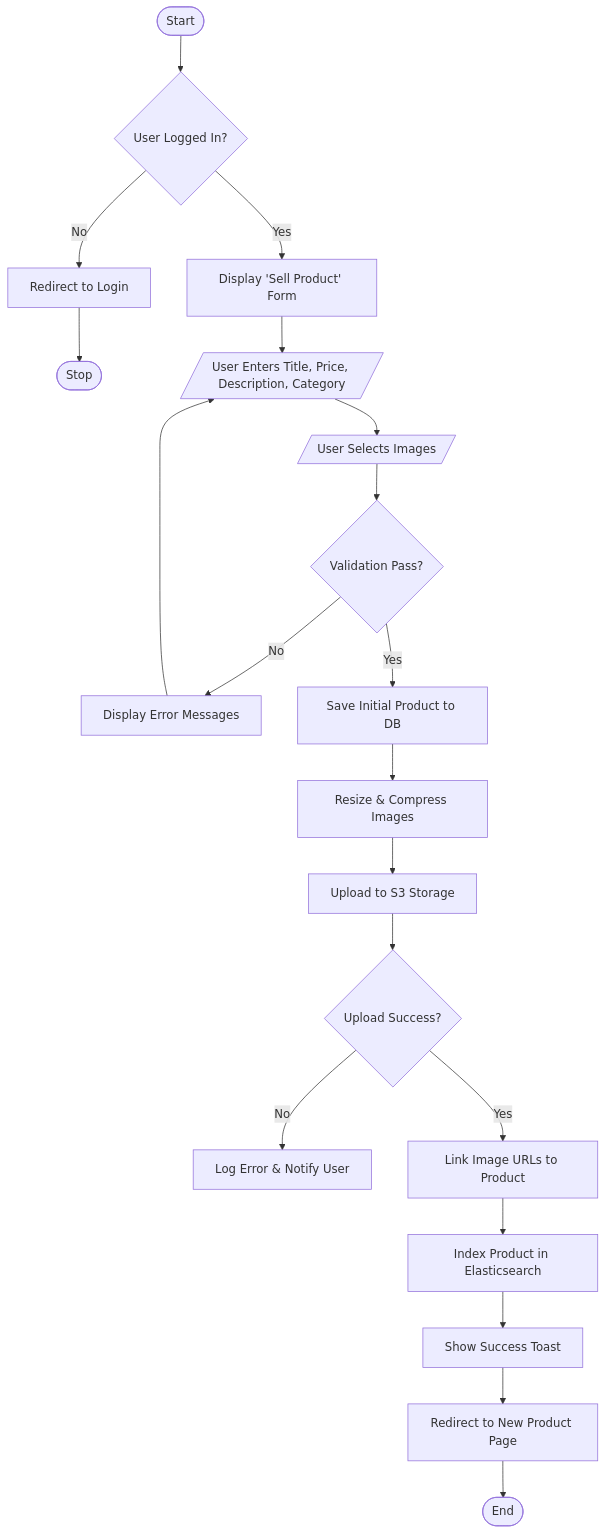
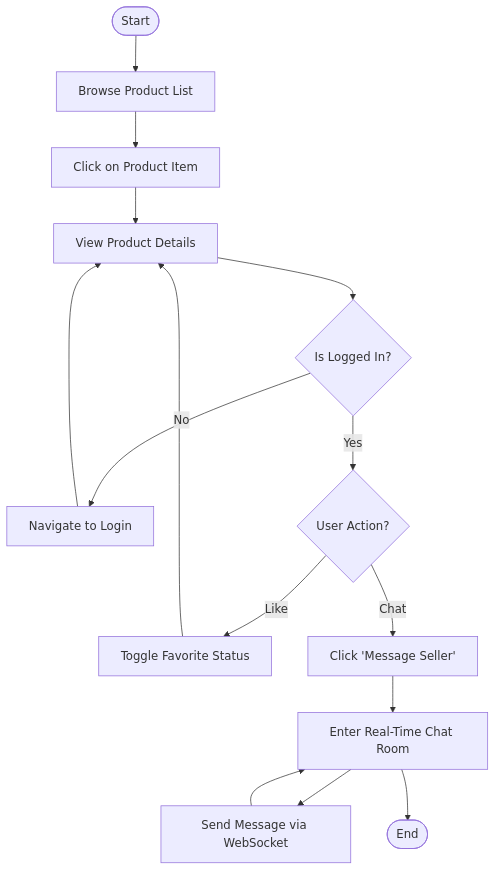
One commit to Rebbouh-Mohamed/Marketplace-App changed the fifth of 5 diagrams in docs/uml_diagrams.md. Above: the diagram before and after it, drawn with Mermaid. The commit also changed other lines of this file and 8 other files, not shown here.

````diff
--- a/docs/uml_diagrams.md
+++ b/docs/uml_diagrams.md
@@ -241,31 +131,21 @@
 ```mermaid
 flowchart TD
-    Start([Start]) --> Login{User Logged In?}
-    Login -- No --> RedirectLogin[Redirect to Login]
-    RedirectLogin --> Stop([Stop])
+    Start([Start]) --> Browse[Browse Product List]
+    Browse --> Click[Click on Product Item]
+    Click --> Details[View Product Details]
     
-    Login -- Yes --> ShowForm[Display 'Sell Product' Form]
+    Details --> Auth{Is Logged In?}
+    Auth -- No --> Login[Navigate to Login]
+    Login --> Details
     
-    ShowForm --> InputData[/User Enters Title, Price, Description, Category/]
-    InputData --> UploadImages[/User Selects Images/]
+    Auth -- Yes --> Choice{User Action?}
+    Choice -- Like --> Fav[Toggle Favorite Status]
+    Choice -- Chat --> OpenChat[Click 'Message Seller']
     
-    UploadImages --> Validate{Validation Pass?}
+    OpenChat --> Room[Enter Real-Time Chat Room]
+    Room --> Msg[Send Message via WebSocket]
+    Msg --> Room
     
-    Validate -- No --> ShowErrors[Display Error Messages]
-    ShowErrors --> InputData
-    
-    Validate -- Yes --> SaveDraft[Save Initial Product to DB]
-    
-    SaveDraft --> ProcessImages[Resize & Compress Images]
-    ProcessImages --> UploadS3[Upload to S3 Storage]
-    
-    UploadS3 --> CheckUpload{Upload Success?}
-    CheckUpload -- No --> HandleError[Log Error & Notify User]
-    
-    CheckUpload -- Yes --> LinkImages[Link Image URLs to Product]
-    LinkImages --> IndexES[Index Product in Elasticsearch]
-    
-    IndexES --> Notify[Show Success Toast]
-    Notify --> RedirectPage[Redirect to New Product Page]
-    RedirectPage --> End([End])
+    Fav --> Details
+    Room --> End([End])
 ```
````
